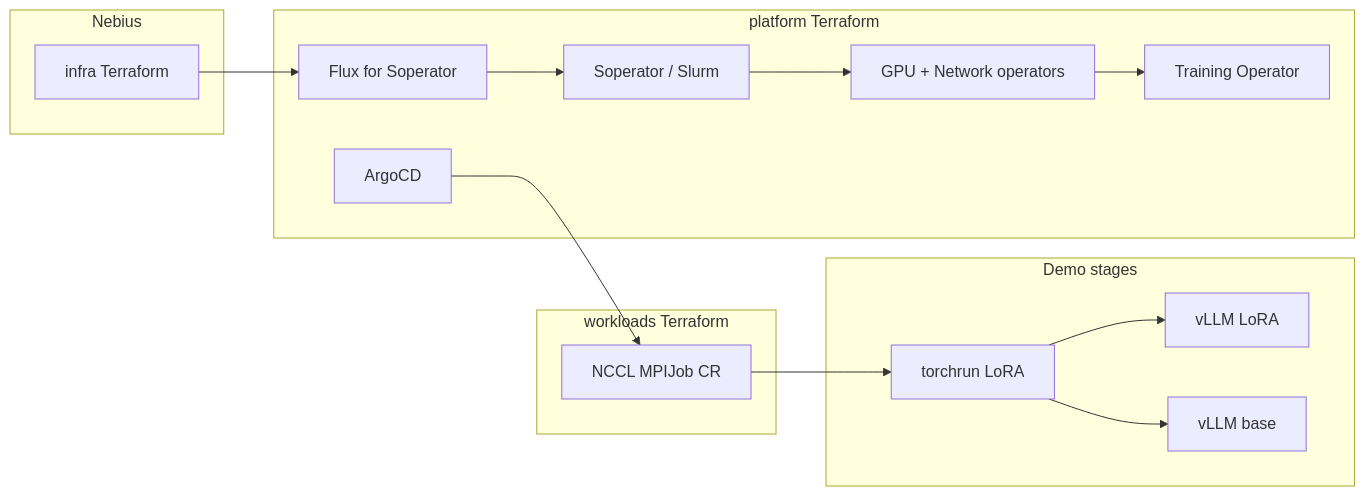
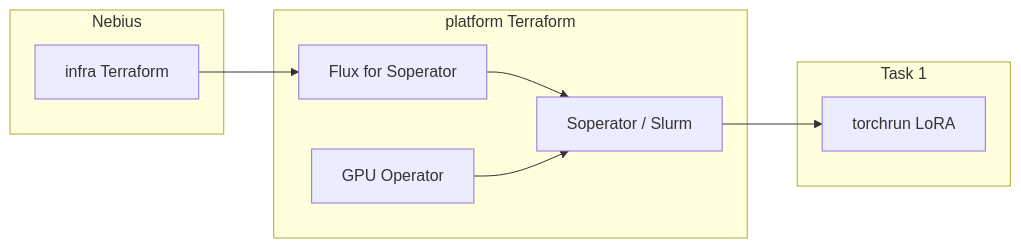
Before and after one commit to fabiogomezdiaz/nebius-demo-day: the diagram in README.md, drawn with Mermaid. The commit also changed other lines of this file and 14 other files, not shown here.

Commit message:
Add Task 1 architecture diagrams, glossary updates, and gotchas.

````diff
--- a/README.md
+++ b/README.md
@@ -28,29 +20,18 @@
 ```mermaid
 flowchart LR
   subgraph infra [Nebius]
     TF[infra Terraform]
   end
   subgraph platform [platform Terraform]
     FLUX[Flux for Soperator]
     SOP[Soperator / Slurm]
-    GOP[GPU + Network operators]
-    ARGO[ArgoCD]
-    TO[Training Operator]
+    GOP[GPU Operator]
   end
-  subgraph workloads [workloads Terraform]
-    NCCL[NCCL MPIJob CR]
-  end
-  subgraph demo [Demo stages]
+  subgraph demo [Task 1]
     TRAIN[torchrun LoRA]
-    FT[vLLM LoRA]
-    BASE[vLLM base]
   end
   TF --> FLUX
   FLUX --> SOP
-  SOP --> GOP
-  GOP --> TO
-  ARGO --> NCCL
-  NCCL --> TRAIN
-  TRAIN --> FT
-  TRAIN --> BASE
+  GOP --> SOP
+  SOP --> TRAIN
 ```
````
